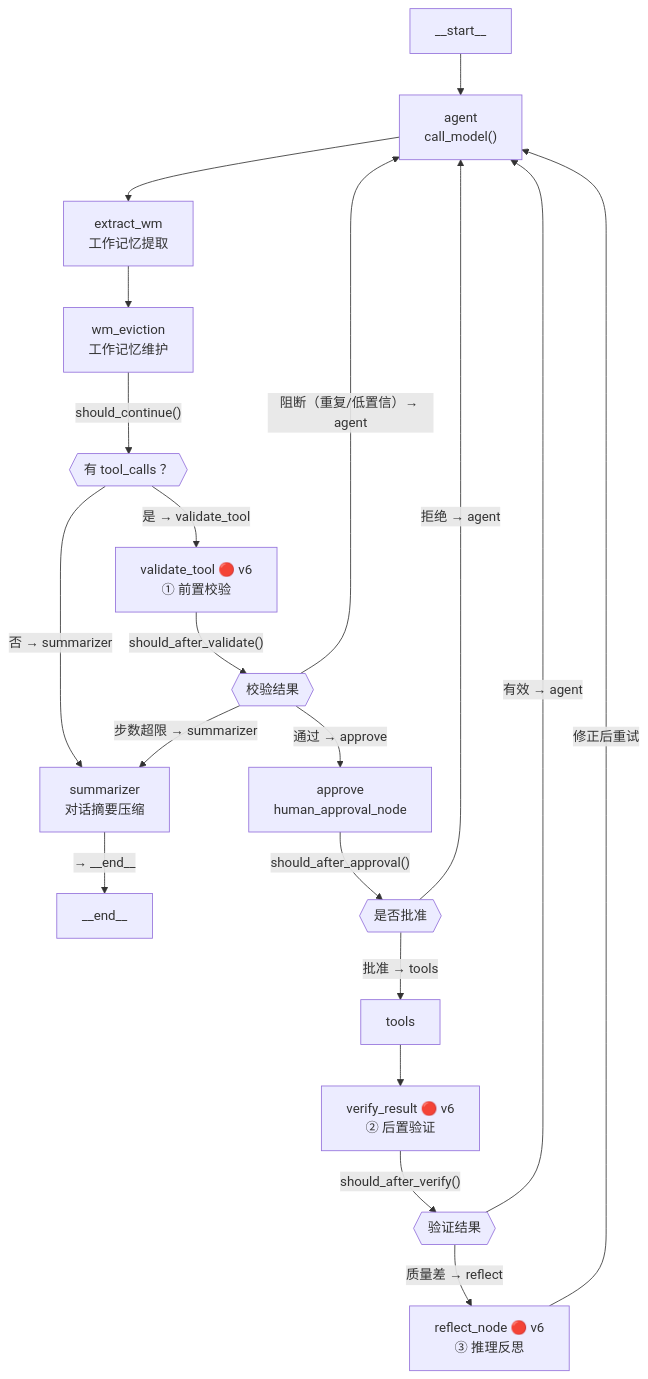
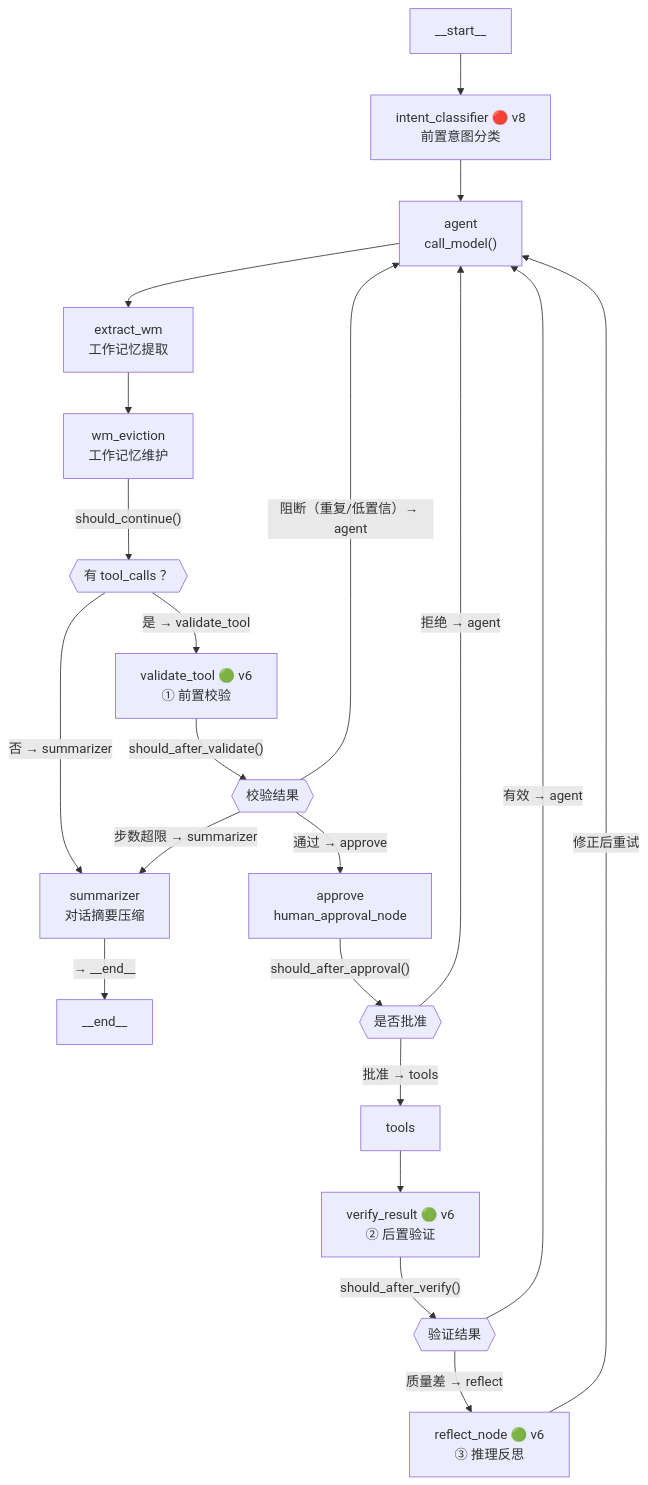
The first of 9 diagrams in docs/agent-architecture-diagrams.md (wuLa0702/llm_wiki_selfbuild), drawn with Mermaid before and after one commit. The commit also changed other lines of this file, not shown here.

First line of the commit message:
docs: Agent 架构图更新至 v8（intent_classifier + ToolRegistry）

````diff
--- a/docs/agent-architecture-diagrams.md
+++ b/docs/agent-architecture-diagrams.md
@@ -31,25 +31,26 @@
 ```mermaid
 flowchart TD
-    START["__start__"] --> AGENT["agent<br/>call_model()"]
+    START["__start__"] --> INTENT["intent_classifier 🔴 v8<br/>前置意图分类"]
+    INTENT --> AGENT["agent<br/>call_model()"]
     AGENT --> EXTRACT_WM["extract_wm<br/>工作记忆提取"]
     EXTRACT_WM --> WM_EVICT["wm_eviction<br/>工作记忆维护"]
     WM_EVICT -->|"should_continue()"| COND{{"有 tool_calls ？"}}
-    COND -->|"是 → validate_tool"| VALIDATE["validate_tool 🔴 v6<br/>① 前置校验"]
+    COND -->|"是 → validate_tool"| VALIDATE["validate_tool 🟢 v6<br/>① 前置校验"]
     COND -->|"否 → summarizer"| SUMM["summarizer<br/>对话摘要压缩"]
     SUMM -->|"→ __end__"| END["__end__"]
 
     VALIDATE -->|"should_after_validate()"| COND_V{{"校验结果"}}
     COND_V -->|"通过 → approve"| APPROVE["approve<br/>human_approval_node"]
     COND_V -->|"阻断（重复/低置信）→ agent"| AGENT
     COND_V -->|"步数超限 → summarizer"| SUMM
 
     APPROVE -->|"should_after_approval()"| COND_A{{"是否批准"}}
     COND_A -->|"批准 → tools"| TOOLS["tools"]
     COND_A -->|"拒绝 → agent"| AGENT
 
-    TOOLS --> VERIFY["verify_result 🔴 v6<br/>② 后置验证"]
+    TOOLS --> VERIFY["verify_result 🟢 v6<br/>② 后置验证"]
     VERIFY -->|"should_after_verify()"| COND_VF{{"验证结果"}}
     COND_VF -->|"有效 → agent"| AGENT
-    COND_VF -->|"质量差 → reflect"| REFLECT["reflect_node 🔴 v6<br/>③ 推理反思"]
+    COND_VF -->|"质量差 → reflect"| REFLECT["reflect_node 🟢 v6<br/>③ 推理反思"]
     REFLECT -->|"修正后重试"| AGENT
 ```
````
